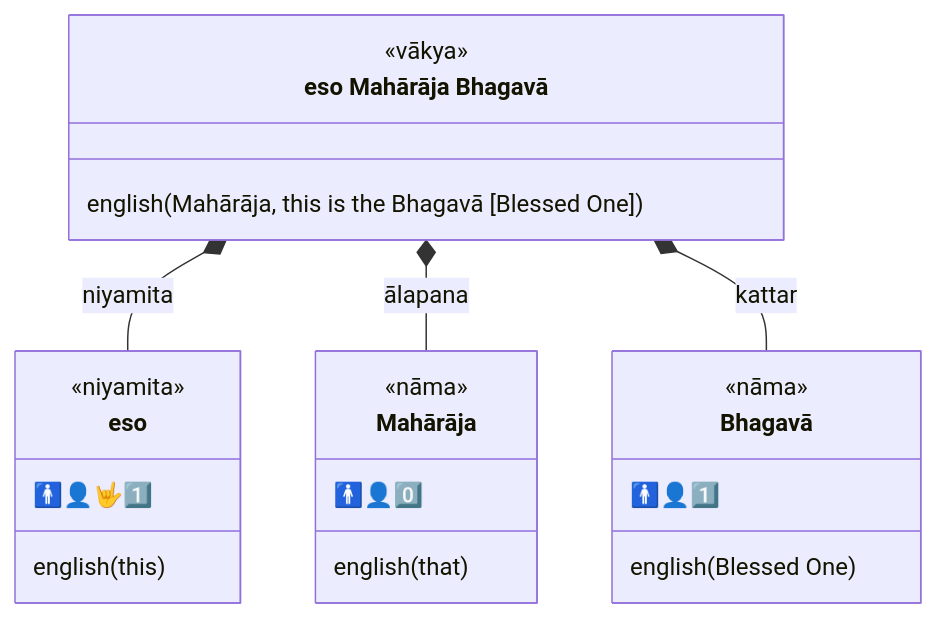
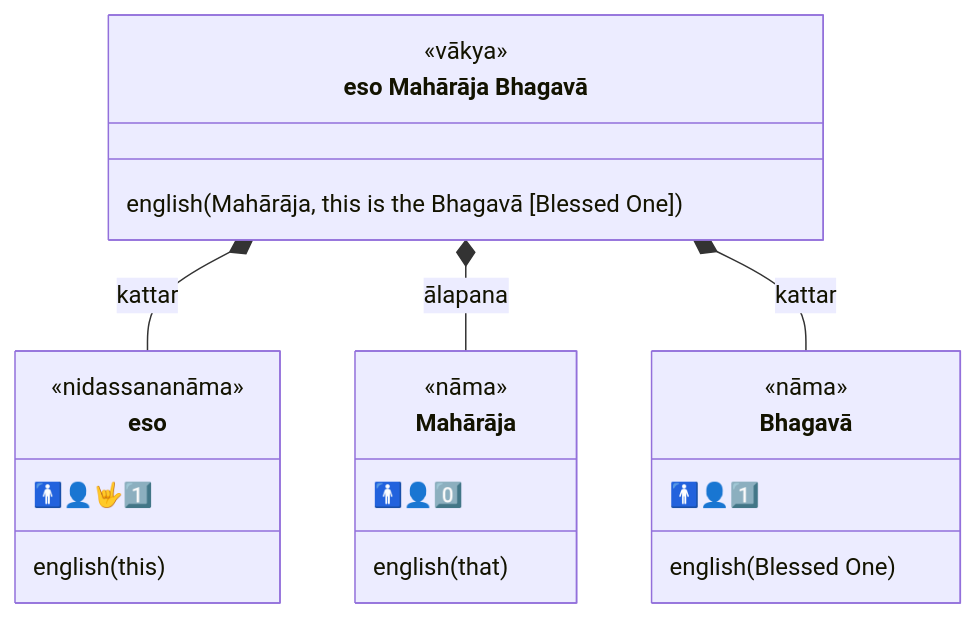
Diagram 12 of 60 in content/en/docs/Pali/sentences.md (ChristineTham/buddhavacana), drawn with Mermaid before and after one commit. The commit also changed other lines of this file and 3 other files, not shown here.

````diff
--- a/content/en/docs/Pali/sentences.md
+++ b/content/en/docs/Pali/sentences.md
@@ -415,25 +415,25 @@
 ```mermaid
 classDiagram
   class sentence["eso Mahārāja Bhagavā"] {
     <<vākya>>
     english(Mahārāja, this is the Bhagavā [Blessed One])
   }
   class eso {
-    <<niyamita>>
+    <<nidassananāma>>
     🚹👤🤟1️⃣
     english(this)
   }
   class Mahārāja {
     <<nāma>>
     🚹👤0️⃣
     english(that)
   }
   class Bhagavā {
     <<nāma>>
     🚹👤1️⃣
     english(Blessed One)
   }
-  sentence *-- eso : niyamita
+  sentence *-- eso : kattar
   sentence *-- Mahārāja : ālapana
   sentence *-- Bhagavā : kattar
 ```
````
